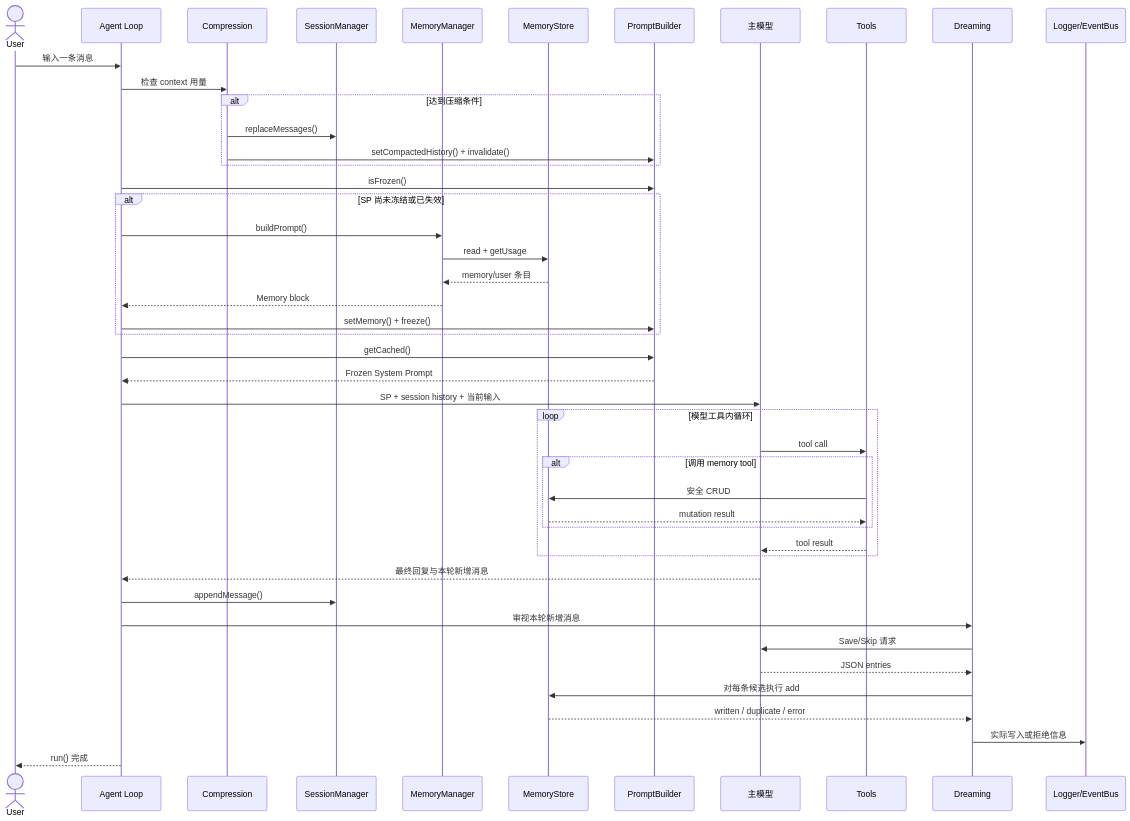
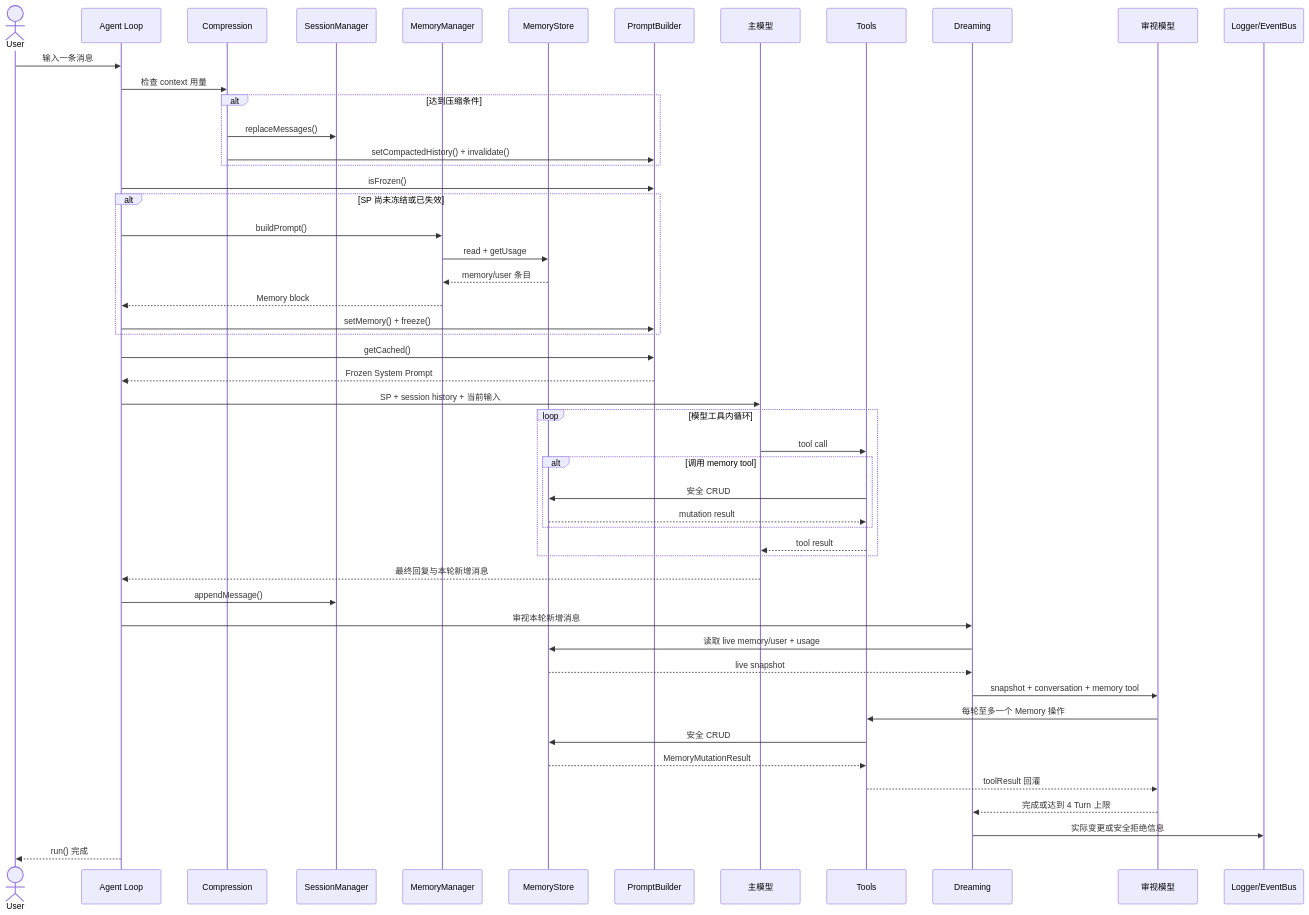
Before and after one commit to LunaticPum/vivlos: the sixth of 7 diagrams in vivlos/docs/memory/memory.md, drawn with Mermaid. The commit also changed other lines of this file and 7 other files, not shown here.

````diff
--- a/vivlos/docs/memory/memory.md
+++ b/vivlos/docs/memory/memory.md
@@ -558,53 +574,58 @@
 ```mermaid
 sequenceDiagram
     actor User
     participant Agent as Agent Loop
     participant Comp as Compression
     participant Session as SessionManager
     participant Manager as MemoryManager
     participant Store as MemoryStore
     participant Prompt as PromptBuilder
-    participant LLM as 主模型
+    participant Main as 主模型
     participant Tool as Tools
     participant Dream as Dreaming
+    participant Review as 审视模型
     participant Log as Logger/EventBus
 
     User->>Agent: 输入一条消息
     Agent->>Comp: 检查 context 用量
     alt 达到压缩条件
         Comp->>Session: replaceMessages()
         Comp->>Prompt: setCompactedHistory() + invalidate()
     end
 
     Agent->>Prompt: isFrozen()
     alt SP 尚未冻结或已失效
         Agent->>Manager: buildPrompt()
         Manager->>Store: read + getUsage
         Store-->>Manager: memory/user 条目
         Manager-->>Agent: Memory block
         Agent->>Prompt: setMemory() + freeze()
     end
 
     Agent->>Prompt: getCached()
     Prompt-->>Agent: Frozen System Prompt
-    Agent->>LLM: SP + session history + 当前输入
+    Agent->>Main: SP + session history + 当前输入
 
     loop 模型工具内循环
-        LLM->>Tool: tool call
+        Main->>Tool: tool call
         alt 调用 memory tool
             Tool->>Store: 安全 CRUD
             Store-->>Tool: mutation result
         end
-        Tool-->>LLM: tool result
+        Tool-->>Main: tool result
     end
 
-    LLM-->>Agent: 最终回复与本轮新增消息
+    Main-->>Agent: 最终回复与本轮新增消息
     Agent->>Session: appendMessage()
     Agent->>Dream: 审视本轮新增消息
-    Dream->>LLM: Save/Skip 请求
-    LLM-->>Dream: JSON entries
-    Dream->>Store: 对每条候选执行 add
-    Store-->>Dream: written / duplicate / error
-    Dream->>Log: 实际写入或拒绝信息
+    Dream->>Store: 读取 live memory/user + usage
+    Store-->>Dream: live snapshot
+    Dream->>Review: snapshot + conversation + memory tool
+    Review->>Tool: 每轮至多一个 Memory 操作
+    Tool->>Store: 安全 CRUD
+    Store-->>Tool: MemoryMutationResult
+    Tool-->>Review: toolResult 回灌
+    Review-->>Dream: 完成或达到 4 Turn 上限
+    Dream->>Log: 实际变更或安全拒绝信息
     Agent-->>User: run() 完成
 ```
````
